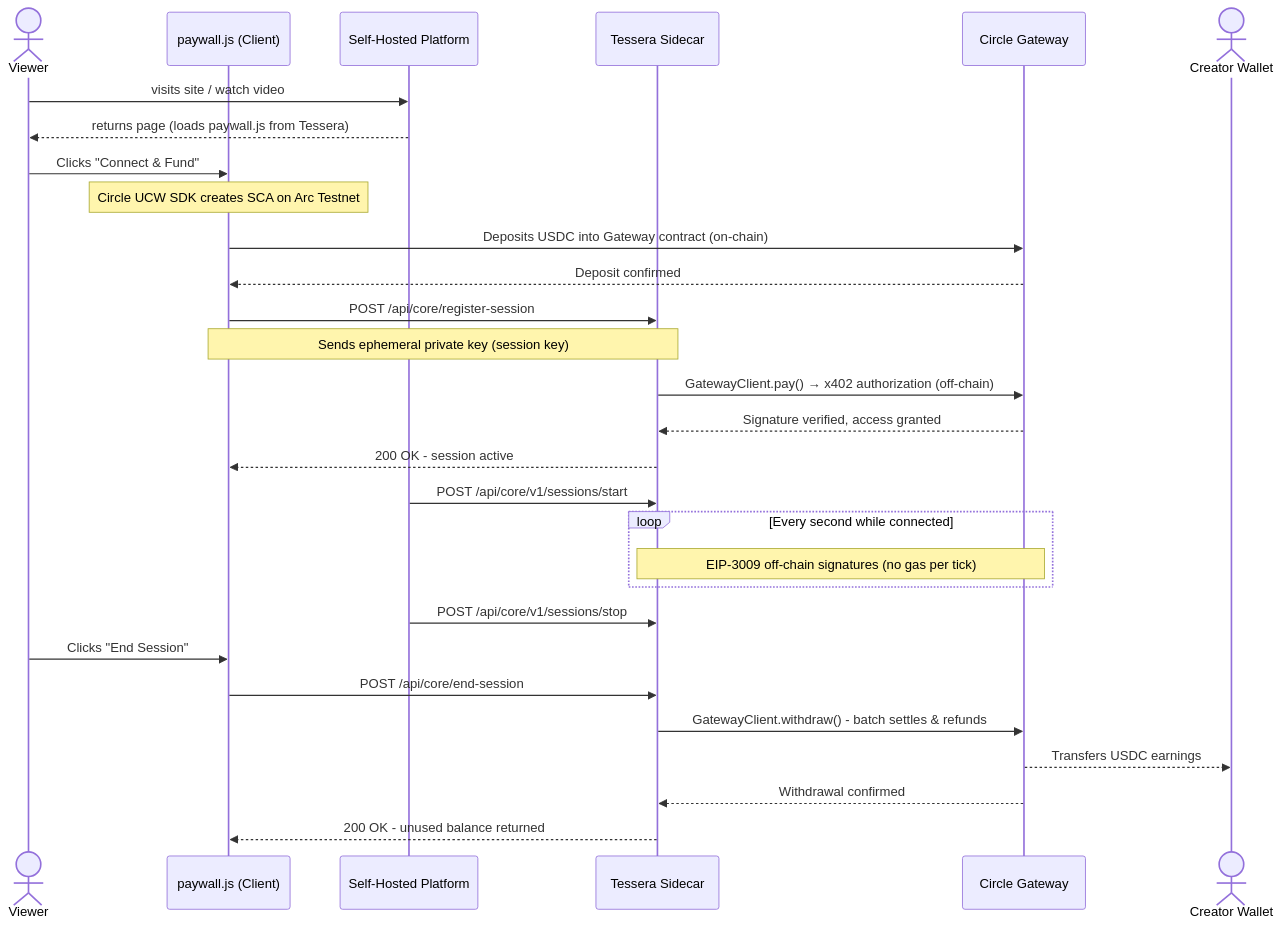
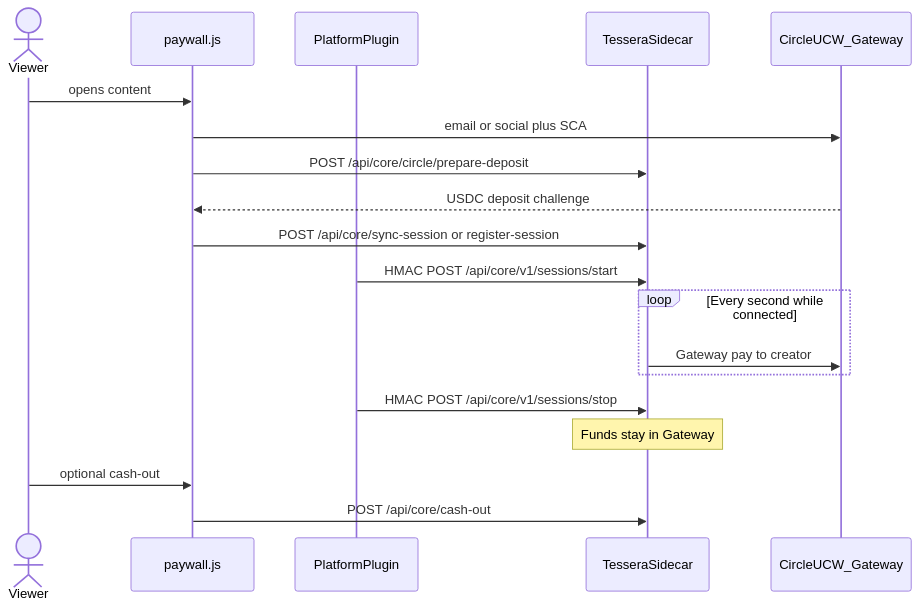
The second of 2 diagrams in docs/index.md (JaDi03/-Arc-Cashier), drawn with Mermaid before and after one commit. The commit also changed other lines of this file and 38 other files, not shown here.

````diff
--- a/docs/index.md
+++ b/docs/index.md
@@ -86,41 +84,22 @@
 ```mermaid
 sequenceDiagram
-    actor Viewer as Viewer
-    participant Browser as paywall.js (Client)
-    participant Platform as Self-Hosted Platform
-    participant Tessera as Tessera Sidecar
-    participant Gateway as Circle Gateway
-    actor Creator as Creator Wallet
+    actor Viewer
+    participant Paywall as paywall.js
+    participant Plugin as PlatformPlugin
+    participant Sidecar as TesseraSidecar
+    participant Circle as CircleUCW_Gateway
 
-    %% 1. Initial Load & Integration
-    Viewer->>Platform: visits site / watch video
-    Platform-->>Viewer: returns page (loads paywall.js from Tessera)
-
-    %% 2. Wallet setup & deposit
-    Viewer->>Browser: Clicks "Connect & Fund"
-    Note over Browser: Circle UCW SDK creates SCA on Arc Testnet
-    Browser->>Gateway: Deposits USDC into Gateway contract (on-chain)
-    Gateway-->>Browser: Deposit confirmed
-
-    %% 3. Session registration
-    Browser->>Tessera: POST /api/core/register-session
-    Note over Browser,Tessera: Sends ephemeral private key (session key)
-    Tessera->>Gateway: GatewayClient.pay() → x402 authorization (off-chain)
-    Gateway-->>Tessera: Signature verified, access granted
-    Tessera-->>Browser: 200 OK - session active
-
-    %% 4. Streaming & billing (off-chain)
-    Platform->>Tessera: POST /api/core/v1/sessions/start
+    Viewer->>Paywall: opens content
+    Paywall->>Circle: email or social plus SCA
+    Paywall->>Sidecar: POST /api/core/circle/prepare-deposit
+    Circle-->>Paywall: USDC deposit challenge
+    Paywall->>Sidecar: POST /api/core/sync-session or register-session
+    Plugin->>Sidecar: HMAC POST /api/core/v1/sessions/start
     loop Every second while connected
-        Note over Tessera,Gateway: EIP-3009 off-chain signatures (no gas per tick)
+        Sidecar->>Circle: Gateway pay to creator
     end
-    Platform->>Tessera: POST /api/core/v1/sessions/stop
-
-    %% 5. End session & refund
-    Viewer->>Browser: Clicks "End Session"
-    Browser->>Tessera: POST /api/core/end-session
-    Tessera->>Gateway: GatewayClient.withdraw() - batch settles & refunds
-    Gateway-->>Creator: Transfers USDC earnings
-    Gateway-->>Tessera: Withdrawal confirmed
-    Tessera-->>Browser: 200 OK - unused balance returned
+    Plugin->>Sidecar: HMAC POST /api/core/v1/sessions/stop
+    Note over Sidecar: Funds stay in Gateway
+    Viewer->>Paywall: optional cash-out
+    Paywall->>Sidecar: POST /api/core/cash-out
 ```
````
